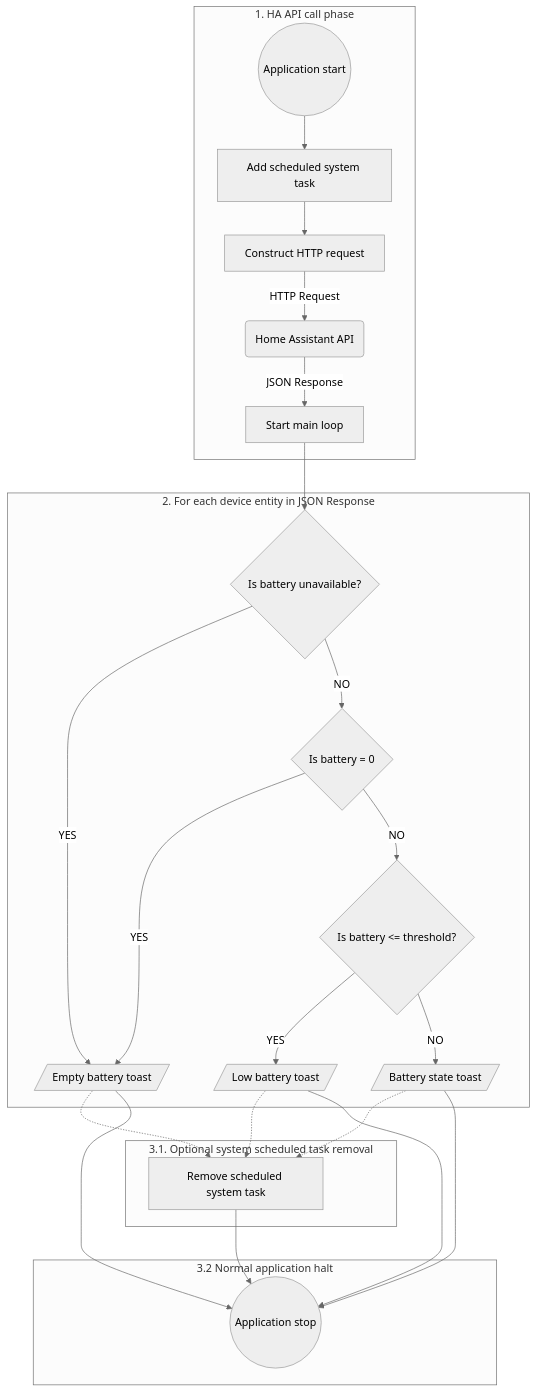
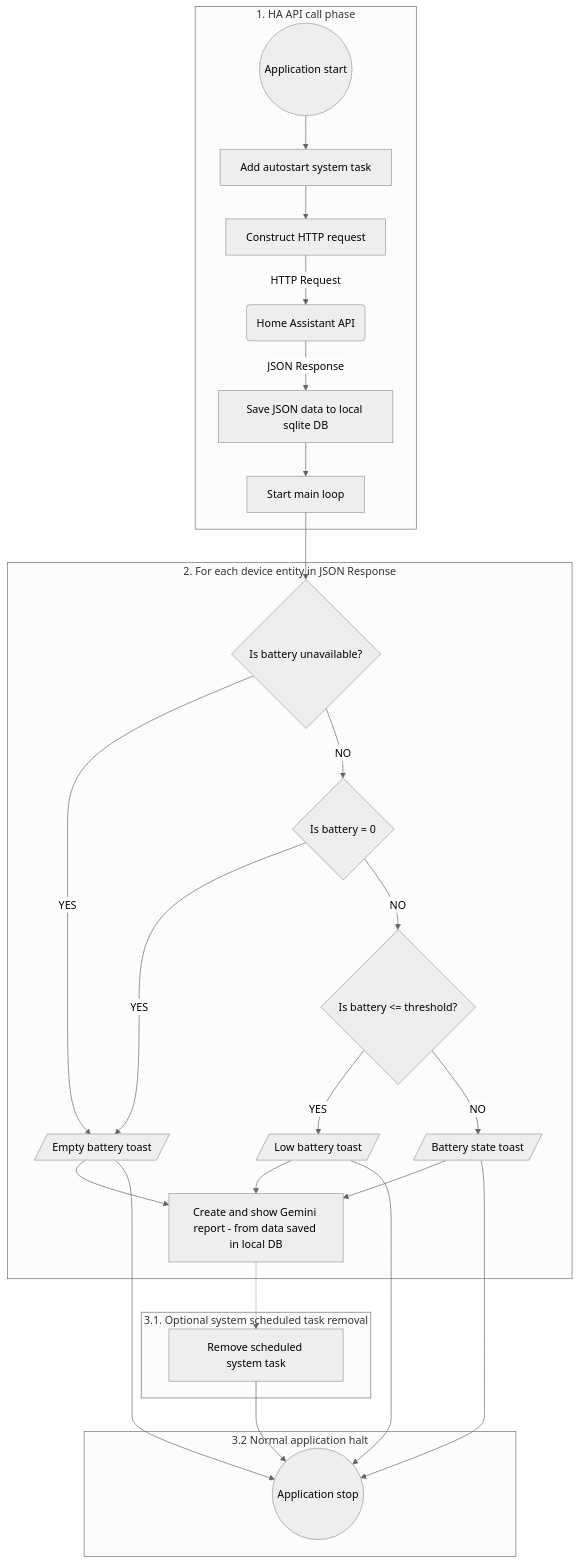
Before and after one commit to ToMiDevelop/HABatteryCheckerForWindows: the diagram in README.md, drawn with Mermaid (neutral theme). The commit also changed other lines of this file and 3 other files, not shown here.

````diff
--- a/README.md
+++ b/README.md
@@ -27,42 +48,46 @@
 ```mermaid
 graph TD
 Start((Application start))
 Stop((Application stop))
-TaskOn[Add scheduled system task]
+TaskOn[Add autostart system task]
 TaskOff[Remove scheduled system task]
 ConstructRequest[Construct HTTP request]
 Api(Home Assistant API)
 BatUnav{Is battery unavailable?};
 Low@{shape: lean-r, label: "Low battery toast"}
 Full@{shape: lean-r, label: "Battery state toast"}
 Empty@{shape: lean-r, label: "Empty battery toast"}
 Zero{Is battery = 0}
 Threshold{Is battery <= threshold?}
 Loop[Start main loop]
+Gemini[Create and show Gemini report - from data saved in local DB]
+LocalDB[Save JSON data to local sqlite DB]
 subgraph start [1. HA API call phase]
     Start --> TaskOn
     TaskOn --> ConstructRequest
     ConstructRequest -->|HTTP Request| Api
-    Api -->|JSON Response| Loop
+    Api -->|JSON Response| LocalDB
+    LocalDB --> Loop
 end
 subgraph for [2. For each device entity in JSON Response]
     Loop --> BatUnav
     BatUnav -->|YES| Empty
     BatUnav -->|NO| Zero
     Zero -->|YES| Empty
     Zero -->|NO| Threshold
     Threshold -->|YES| Low
     Threshold -->|NO| Full
+    Empty --> Gemini
+    Low --> Gemini
+    Full --> Gemini
 end
 subgraph optional [3.1. Optional system scheduled task removal]
-    Empty -.-> TaskOff
-    Low -.-> TaskOff
-    Full -.-> TaskOff
+    Gemini -.-> TaskOff
 end
 subgraph normal [3.2 Normal application halt]
     TaskOff --> Stop
     Empty --> Stop
     Low --> Stop
     Full --> Stop
 end
 ```
````
